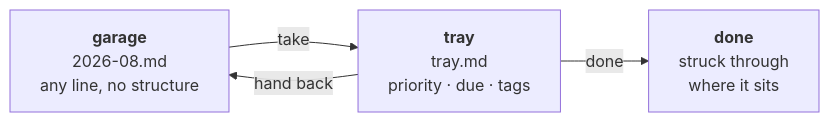
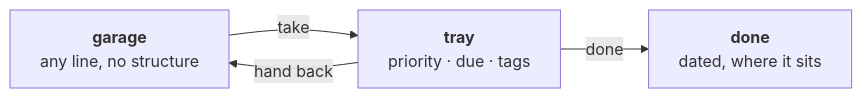
Before and after one commit to cheese-cracker/tray: the diagram in README.md, drawn with Mermaid. The commit also changed other lines of this file and 4 other files, not shown here.

````diff
--- a/README.md
+++ b/README.md
@@ -21,9 +21,9 @@
 ```mermaid
 flowchart LR
-  G["<b>garage</b><br/>2026-08.md<br/>any line, no structure"]
-  T["<b>tray</b><br/>tray.md<br/>priority · due · tags"]
-  D["<b>done</b><br/>struck through<br/>where it sits"]
+  G["<b>garage</b><br/>any line, no structure"]
+  T["<b>tray</b><br/>priority · due · tags"]
+  D["<b>done</b><br/>dated, where it sits"]
   G -- "take" --> T
   T -- "hand back" --> G
   T -- "done" --> D
 ```
````
